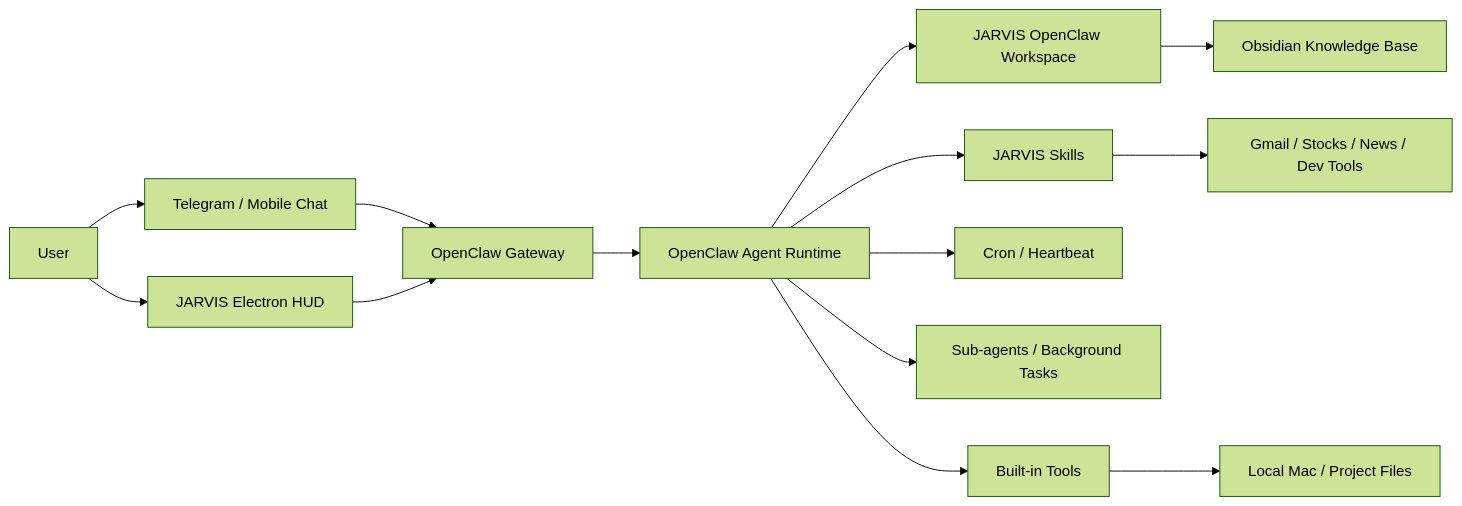
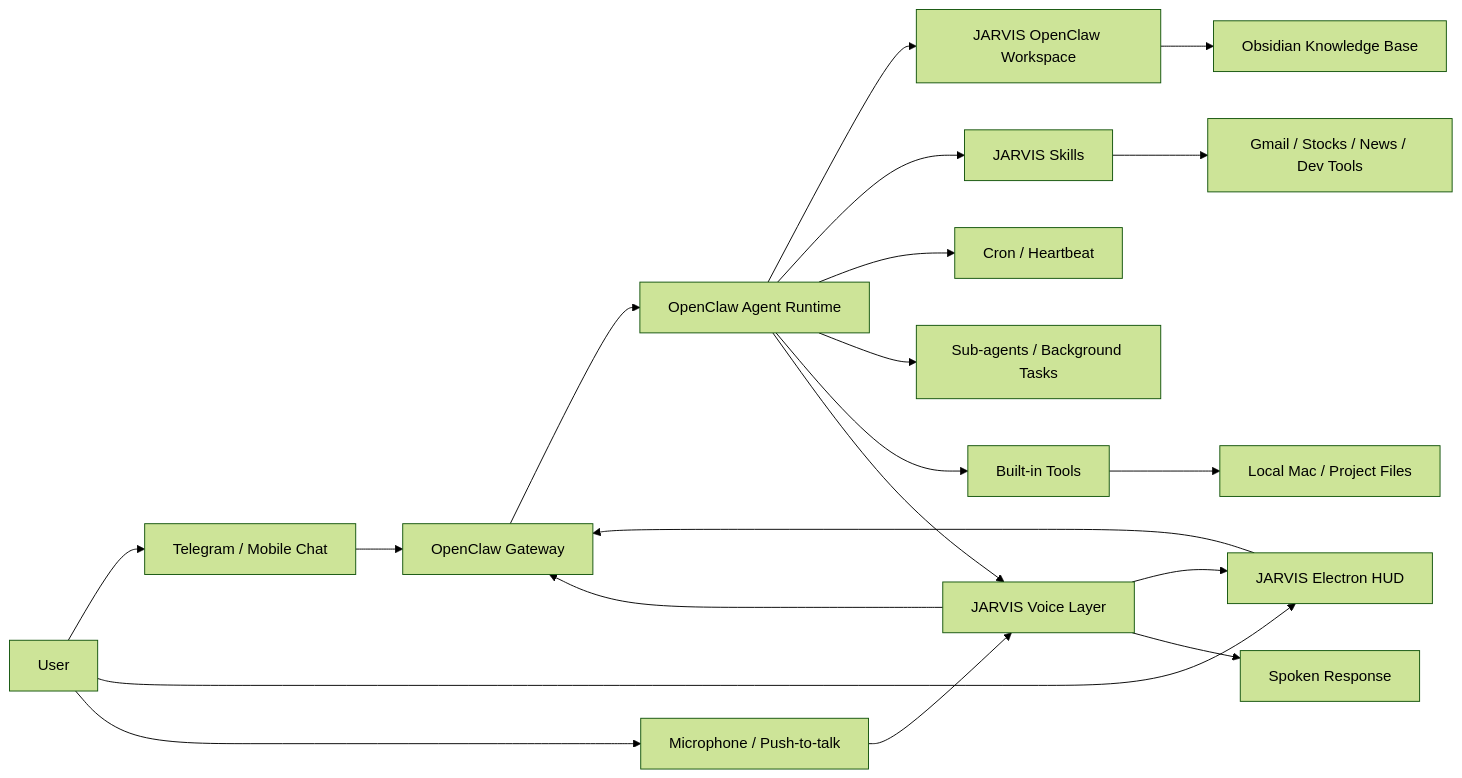
Before and after one commit to blissyou/jarvis: the diagram in AI_Assistant_Knowledge_Base/OpenClaw/OpenClaw_Runtime_Architecture.md, drawn with Mermaid (forest theme). The commit also changed other lines of this file and 3 other files, not shown here.

Commit message:
OpenClaw 음성 레이어 MVP 범위 문서화

````diff
--- a/AI_Assistant_Knowledge_Base/OpenClaw/OpenClaw_Runtime_Architecture.md
+++ b/AI_Assistant_Knowledge_Base/OpenClaw/OpenClaw_Runtime_Architecture.md
@@ -10,19 +12,25 @@
 ```mermaid
 flowchart LR
     U["User"] --> TG["Telegram / Mobile Chat"]
     U --> DESK["JARVIS Electron HUD"]
+    U --> MIC["Microphone / Push-to-talk"]
 
-    TG --> OC["OpenClaw Gateway"]
+    MIC --> VL["JARVIS Voice Layer"]
+    VL --> DESK
+    VL --> OC["OpenClaw Gateway"]
+    TG --> OC
     DESK --> OC
 
     OC --> AG["OpenClaw Agent Runtime"]
     AG --> WS["JARVIS OpenClaw Workspace"]
     AG --> SK["JARVIS Skills"]
     AG --> CRON["Cron / Heartbeat"]
     AG --> SUB["Sub-agents / Background Tasks"]
     AG --> TOOLS["Built-in Tools"]
 
     SK --> DOMAIN["Gmail / Stocks / News / Dev Tools"]
     TOOLS --> HOST["Local Mac / Project Files"]
     WS --> KB["Obsidian Knowledge Base"]
+    AG --> VL
+    VL --> TTS["Spoken Response"]
 ```
````
